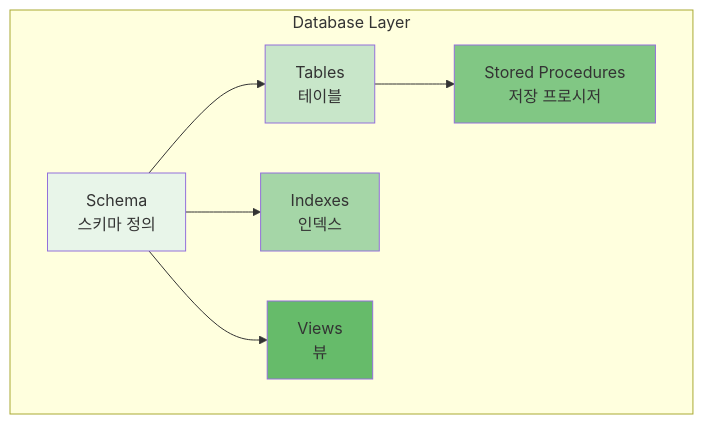
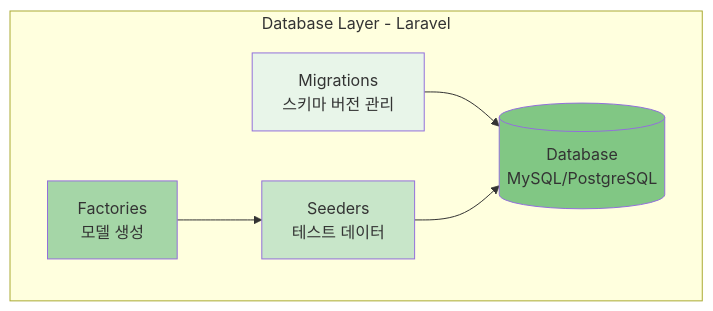
The tenth of 22 diagrams in architecture/layered/README.md (shaul1991/study-architecture), drawn with Mermaid before and after one commit. The commit also changed other lines of this file and 1 other file, not shown here.

First line of the commit message:
refactor: 레이어드 아키텍처 문서를 Laravel 기준으로 수정

````diff
--- a/architecture/layered/README.md
+++ b/architecture/layered/README.md
@@ -362,21 +464,18 @@
 ```mermaid
 graph TB
-    subgraph "Database Layer"
-        SCHEMA[Schema<br/>스키마 정의]
-        TABLES[Tables<br/>테이블]
-        INDEXES[Indexes<br/>인덱스]
-        PROCS[Stored Procedures<br/>저장 프로시저]
-        VIEWS[Views<br/>뷰]
+    subgraph "Database Layer - Laravel"
+        MIG[Migrations<br/>스키마 버전 관리]
+        SEED[Seeders<br/>테스트 데이터]
+        FACT[Factories<br/>모델 생성]
+        DB[(Database<br/>MySQL/PostgreSQL)]
     end
 
-    SCHEMA --> TABLES
-    SCHEMA --> INDEXES
-    SCHEMA --> VIEWS
-    TABLES --> PROCS
+    MIG --> DB
+    SEED --> DB
+    FACT --> SEED
 
-    style SCHEMA fill:#e8f5e9
-    style TABLES fill:#c8e6c9
-    style INDEXES fill:#a5d6a7
-    style PROCS fill:#81c784
-    style VIEWS fill:#66bb6a
+    style MIG fill:#e8f5e9
+    style SEED fill:#c8e6c9
+    style FACT fill:#a5d6a7
+    style DB fill:#81c784
 ```
````
